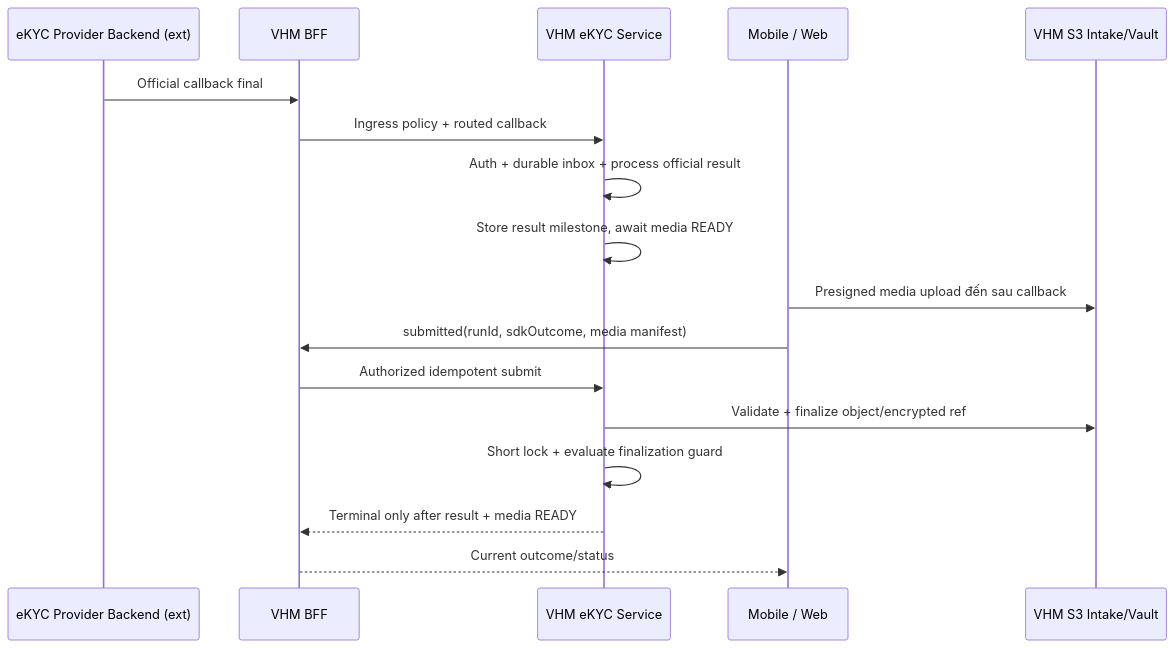
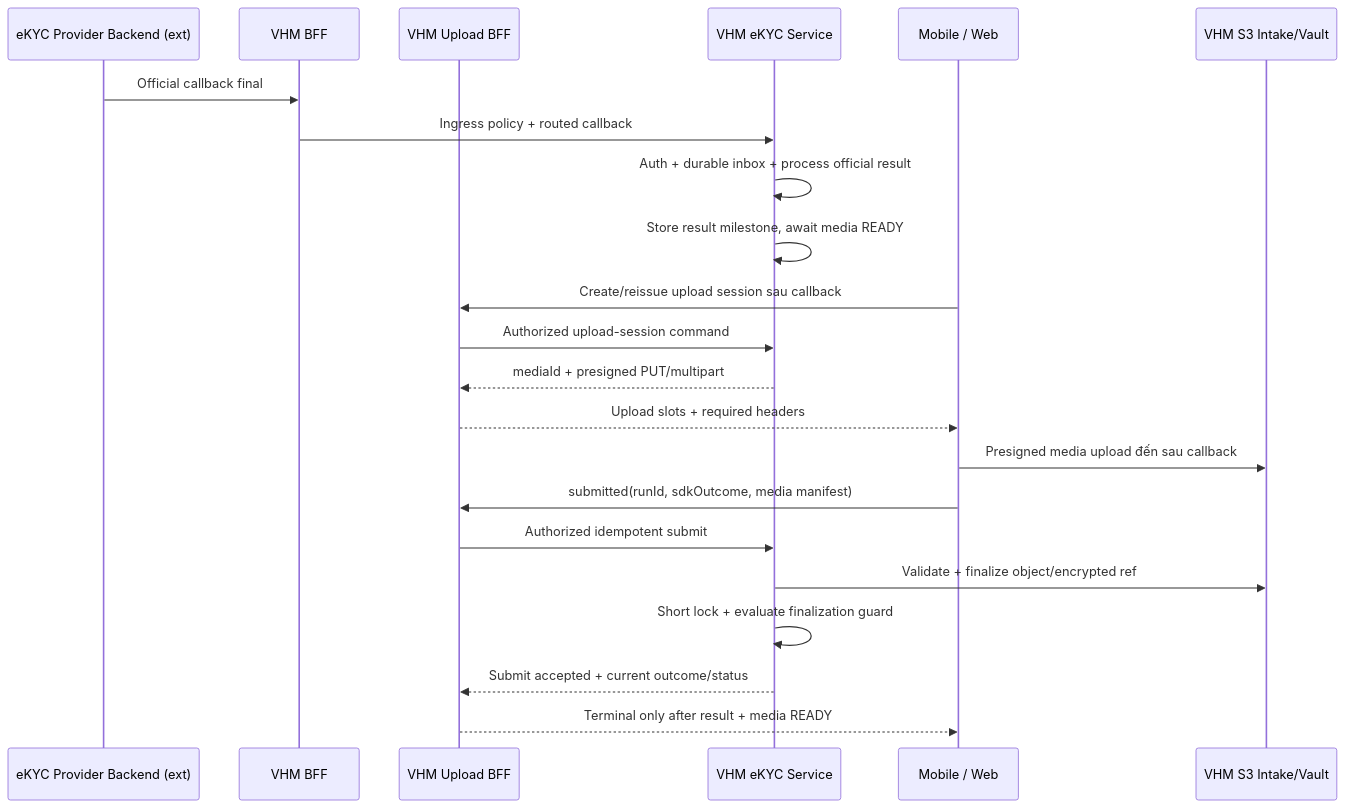
One commit to huynv-xyz/vhm changed diagram 15 of 19 in tdd2.md. Above: the diagram before and after it, drawn with Mermaid. The commit also changed other lines of this file, not shown here.

````diff
--- a/tdd2.md
+++ b/tdd2.md
@@ -1378,19 +1415,24 @@
 ```mermaid
 sequenceDiagram
     participant BACKEND as eKYC Provider Backend (ext)
     participant BFF as VHM BFF
+    participant UPLOAD_BFF as VHM Upload BFF
     participant EKYC_SERVICE as VHM eKYC Service
     participant CLIENT as Mobile / Web
     participant S3 as VHM S3 Intake/Vault
     BACKEND->>BFF: Official callback final
     BFF->>EKYC_SERVICE: Ingress policy + routed callback
     EKYC_SERVICE->>EKYC_SERVICE: Auth + durable inbox + process official result
     EKYC_SERVICE->>EKYC_SERVICE: Store result milestone, await media READY
+    CLIENT->>UPLOAD_BFF: Create/reissue upload session sau callback
+    UPLOAD_BFF->>EKYC_SERVICE: Authorized upload-session command
+    EKYC_SERVICE-->>UPLOAD_BFF: mediaId + presigned PUT/multipart
+    UPLOAD_BFF-->>CLIENT: Upload slots + required headers
     CLIENT->>S3: Presigned media upload đến sau callback
-    CLIENT->>BFF: submitted(runId, sdkOutcome, media manifest)
-    BFF->>EKYC_SERVICE: Authorized idempotent submit
+    CLIENT->>UPLOAD_BFF: submitted(runId, sdkOutcome, media manifest)
+    UPLOAD_BFF->>EKYC_SERVICE: Authorized idempotent submit
     EKYC_SERVICE->>S3: Validate + finalize object/encrypted ref
     EKYC_SERVICE->>EKYC_SERVICE: Short lock + evaluate finalization guard
-    EKYC_SERVICE-->>BFF: Terminal only after result + media READY
-    BFF-->>CLIENT: Current outcome/status
+    EKYC_SERVICE-->>UPLOAD_BFF: Submit accepted + current outcome/status
+    UPLOAD_BFF-->>CLIENT: Terminal only after result + media READY
 ```
````
